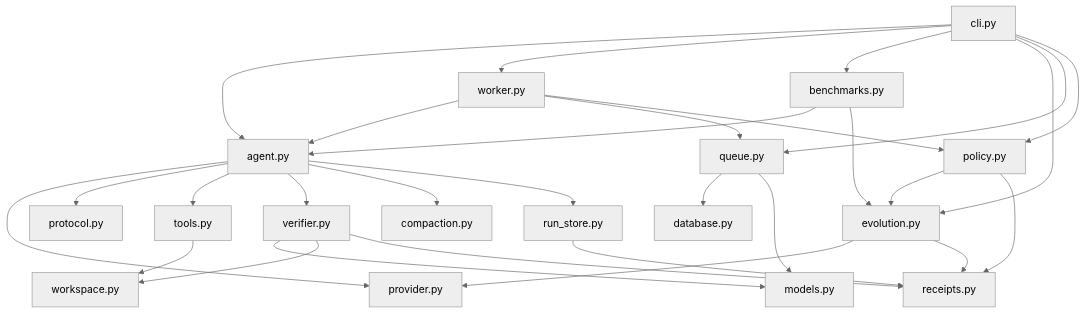
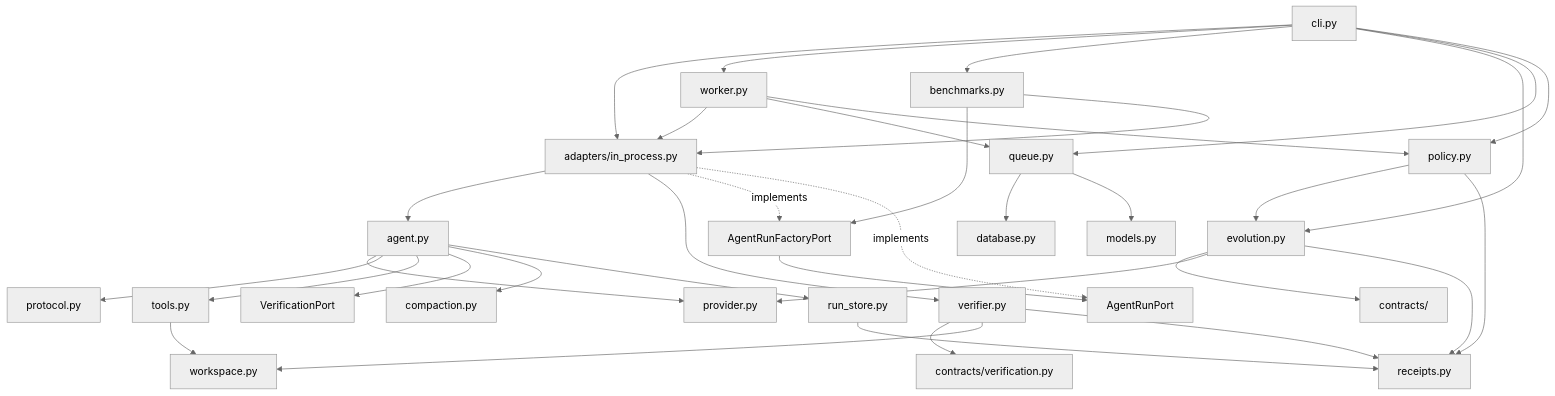
Before and after one commit to jihkang/Sisyphus-Harness: the second of 9 diagrams in docs/architecture-and-data-pipeline.md, drawn with Mermaid (neutral theme). The commit also changed other lines of this file and 17 other files, not shown here.

First line of the commit message:
Add workspace bundle contracts and audit architecture (#6)

````diff
--- a/docs/architecture-and-data-pipeline.md
+++ b/docs/architecture-and-data-pipeline.md
@@ -69,34 +71,41 @@
 ```mermaid
 flowchart TD
-    CLI["cli.py"] --> Agent["agent.py"]
+    CLI["cli.py"] --> Adapter["adapters/in_process.py"]
     CLI --> Worker["worker.py"]
     CLI --> Bench["benchmarks.py"]
     CLI --> Evolve["evolution.py"]
     CLI --> Queue["queue.py"]
     CLI --> Policy["policy.py"]
 
-    Worker --> Agent
+    Worker --> Adapter
     Worker --> Queue
     Worker --> Policy
-    Bench --> Agent
-    Bench --> Evolve
+    Bench --> AgentFactory["AgentRunFactoryPort"]
+    Bench --> Adapter
+    Evolve --> Contracts["contracts/"]
     Evolve --> Provider["provider.py"]
+    Evolve --> Receipts["receipts.py"]
     Policy --> Evolve
+
+    Adapter --> Agent["agent.py"]
+    Adapter --> Verifier["verifier.py"]
+    AgentFactory --> AgentPort["AgentRunPort"]
+    Adapter -. implements .-> AgentFactory
+    Adapter -. implements .-> AgentPort
 
     Agent --> Provider
     Agent --> Protocol["protocol.py"]
     Agent --> Tools["tools.py"]
-    Agent --> Verifier["verifier.py"]
+    Agent --> VerificationPort["VerificationPort"]
     Agent --> Compact["compaction.py"]
     Agent --> RunStore["run_store.py"]
 
     Queue --> DB["database.py"]
     Queue --> Models["models.py"]
-    Verifier --> Models
+    Verifier --> VerificationContracts["contracts/verification.py"]
     Verifier --> Workspace["workspace.py"]
     Tools --> Workspace
-    RunStore --> Receipts["receipts.py"]
+    RunStore --> Receipts
     Verifier --> Receipts
-    Evolve --> Receipts
     Policy --> Receipts
 ```
````
